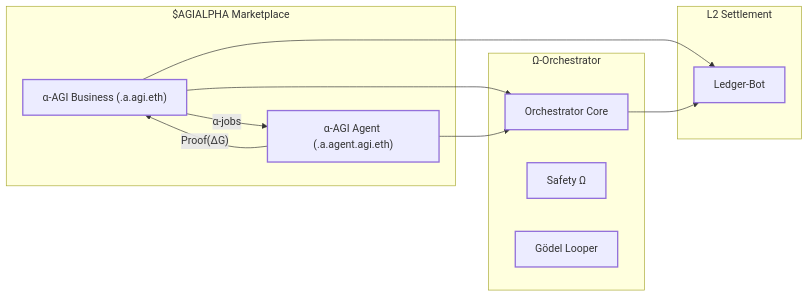
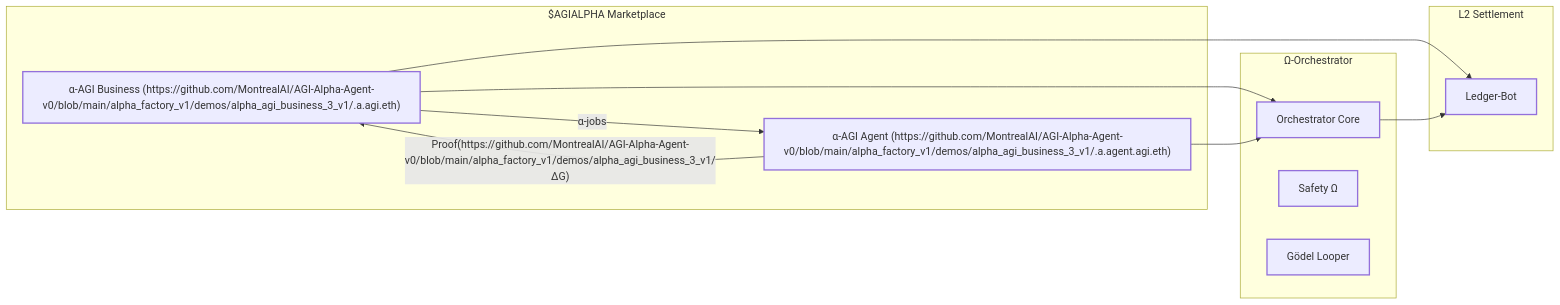
One commit to MontrealAI/AGI-Alpha-Agent-v0 changed the first of 3 diagrams in docs/demos/alpha_agi_business_3_v1.md. Above: the diagram before and after it, drawn with Mermaid. The commit also changed other lines of this file and 22 other files, not shown here.

````diff
--- a/docs/demos/alpha_agi_business_3_v1.md
+++ b/docs/demos/alpha_agi_business_3_v1.md
@@ -99,35 +99,35 @@
 ```mermaid
 %% GitHub-compatible Mermaid
 flowchart LR
-    %% style definition (❌ no semicolon at EOL)
+    %% style definition (https://github.com/MontrealAI/AGI-Alpha-Agent-v0/blob/main/alpha_factory_v1/demos/alpha_agi_business_3_v1/❌ no semicolon at EOL)
     classDef layer stroke-width:2px
 
     %% ── Market ─────────────────────────────────────────────
     subgraph Market["$AGIALPHA Marketplace"]
-        BIZ["α-AGI Business (.a.agi.eth)"]
-        AGT["α-AGI Agent (.a.agent.agi.eth)"]
+        BIZ["α-AGI Business (https://github.com/MontrealAI/AGI-Alpha-Agent-v0/blob/main/alpha_factory_v1/demos/alpha_agi_business_3_v1/.a.agi.eth)"]
+        AGT["α-AGI Agent (https://github.com/MontrealAI/AGI-Alpha-Agent-v0/blob/main/alpha_factory_v1/demos/alpha_agi_business_3_v1/.a.agent.agi.eth)"]
         class BIZ,AGT layer
     end
 
     %% ── L2 Settlement ─────────────────────────────────────
     subgraph LedgerL2["L2 Settlement"]
         LDB["Ledger-Bot"]
         class LDB layer
     end
 
     %% ── Ω-Orchestrator ────────────────────────────────────
     subgraph Orchestration["Ω-Orchestrator"]
         ORC["Orchestrator Core"]
         SAF["Safety Ω"]
         GDL["Gödel Looper"]
         class ORC,SAF,GDL layer
     end
 
     %% ── Edges ─────────────────────────────────────────────
     BIZ -- "α-jobs"      --> AGT
-    AGT -- "Proof(ΔG)"   --> BIZ
+    AGT -- "Proof(https://github.com/MontrealAI/AGI-Alpha-Agent-v0/blob/main/alpha_factory_v1/demos/alpha_agi_business_3_v1/ΔG)"   --> BIZ
     BIZ --> LDB
     BIZ --> ORC
     AGT --> ORC
     ORC --> LDB
 ```
````
